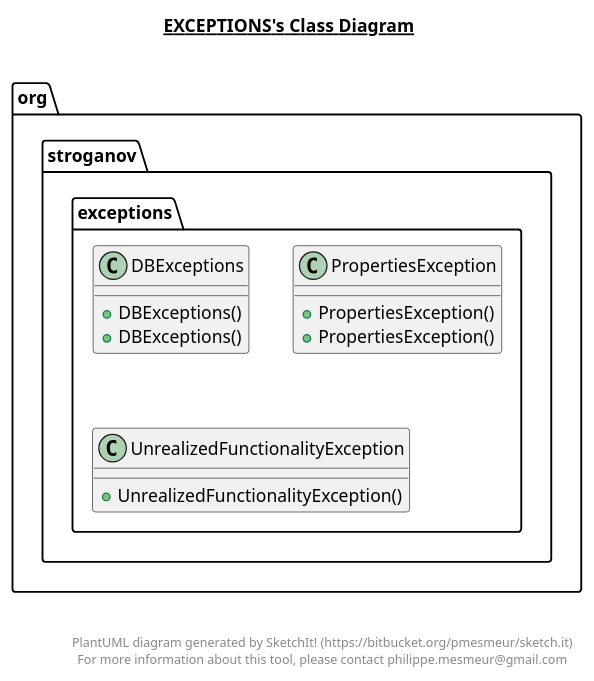
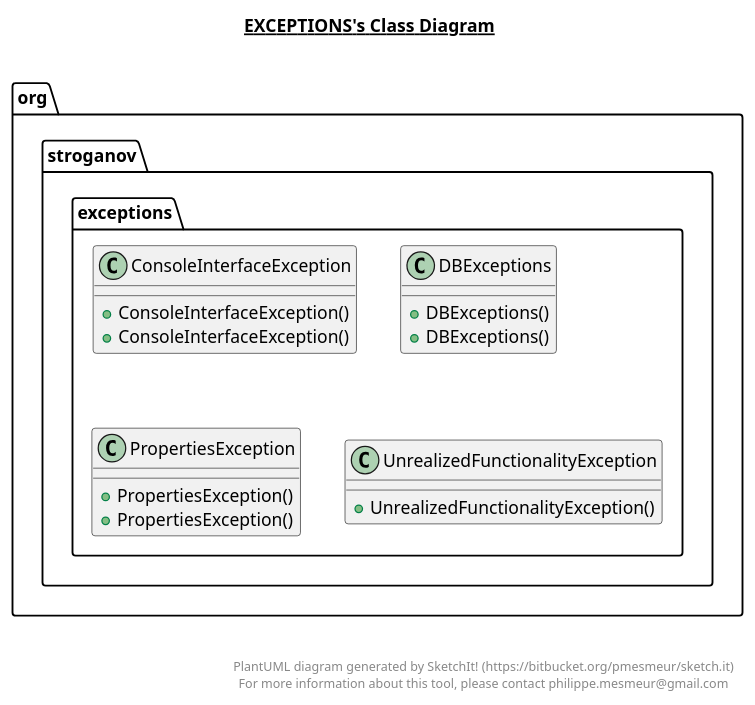
The diagram in src/main/java/org/stroganov/exceptions/exceptions.plantuml (SergeyStroganoff/LibraryApp), drawn with PlantUML before and after one commit. The commit also changed 12 other files, not shown here.

```diff
--- a/src/main/java/org/stroganov/exceptions/exceptions.plantuml
+++ b/src/main/java/org/stroganov/exceptions/exceptions.plantuml
@@ -1,43 +1,53 @@
 @startuml
 
 title __EXCEPTIONS's Class Diagram__\n
+
+  namespace org.stroganov {
+    namespace exceptions {
+      class org.stroganov.exceptions.ConsoleInterfaceException {
+          + ConsoleInterfaceException()
+          + ConsoleInterfaceException()
+      }
+    }
+  }
+  
 
   namespace org.stroganov {
     namespace exceptions {
       class org.stroganov.exceptions.DBExceptions {
           + DBExceptions()
           + DBExceptions()
       }
     }
   }
   
 
   namespace org.stroganov {
     namespace exceptions {
       class org.stroganov.exceptions.PropertiesException {
           + PropertiesException()
           + PropertiesException()
       }
     }
   }
   
 
   namespace org.stroganov {
     namespace exceptions {
       class org.stroganov.exceptions.UnrealizedFunctionalityException {
           + UnrealizedFunctionalityException()
       }
     }
   }
   
 
 
 
 right footer
 
 
 PlantUML diagram generated by SketchIt! (https://bitbucket.org/pmesmeur/sketch.it)
 For more information about this tool, please contact philippe.mesmeur@gmail.com
 endfooter
 
 @enduml
```
